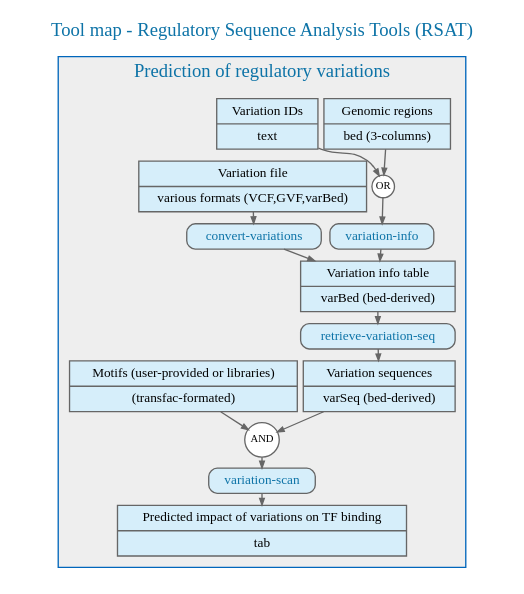
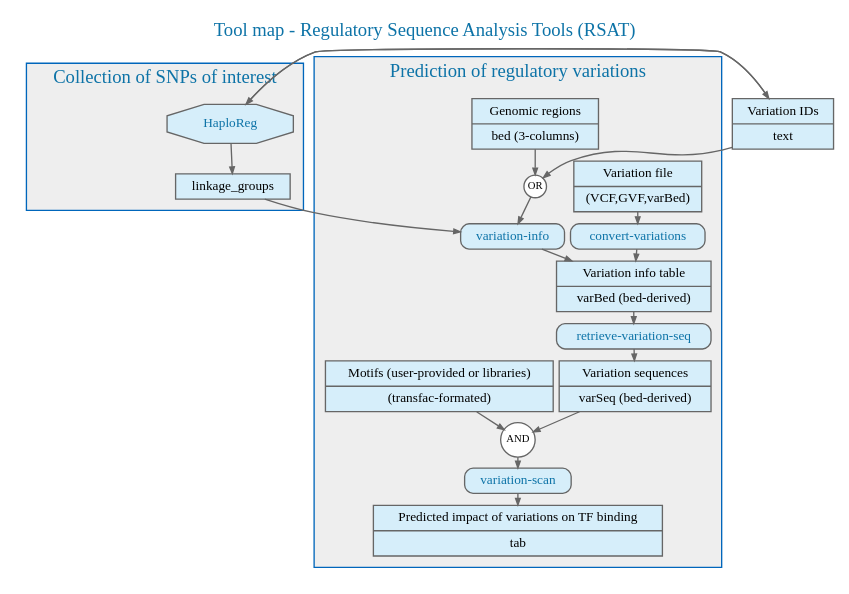
The diagram in doc/flowcharts/regulatory_variations.dot (rsa-tools/rsat-code), drawn with Graphviz before and after one commit. The commit also changed 1 other file, not shown here.

Commit message:
added HalpoReg

```diff
--- a/doc/flowcharts/regulatory_variations.dot
+++ b/doc/flowcharts/regulatory_variations.dot
@@ -1,54 +1,71 @@
 ################################################################
 ## Tool map of the tools to analyze regulatory variants in 
 ## Regulatory Sequence Analysis Tools (RSAT)
 ##
 ## Author: Jacques van Helden
 
 digraph {
 	## General properties of the graph (font, color, ...)
 	graph [fontname="ArialBlack",fontsize="14", label="Tool map - Regulatory Sequence Analysis Tools (RSAT)" labelloc="t", fontcolor="#0066BB", nodesep="0.05", ranksep="0.1", URL="http://teaching.rsat.eu/", fontcolor="#0D73A7"];
 	edge [fontname="ArialMT",fontsize="10",labelfontname="ArialMT",labelfontsize="10", arrowsize="0.5", color="#666666"];
 	node [fontname="ArialMT",fontsize="10",shape=record,height="0.2", color="#666666"];
 
-	subgraph cluster_0 {
+
+  ## External tools to collect variations
+  subgraph cluster_1 {
 		color="#0066BB";
+		bgcolor="#EEEEEE";
+		label = "Collection of SNPs of interest";
+		
+    haploreg  [shape="octagon", style="filled", fillcolor="#D6EEFA", label="HaploReg", URL="http://www.broadinstitute.org/mammals/haploreg/haploreg.php", fontcolor="#0D73A7"];
+    haploreg -> linkage_groups
+    linkage_groups  [shape="record", style="filled", fillcolor="#D6EEFA", label="{linkage_groups}"];
+  }
+
+    variation_ids  [shape="record", style="filled", fillcolor="#D6EEFA", label="{Variation IDs|text}"];
+    variation_ids -> haploreg
+    haploreg -> variation_ids
+    variation_ids -> 	variation_info_input
+
+  ## Prediction of regulatory variations
+  subgraph cluster_0 {
+  	   	color="#0066BB";
 		bgcolor="#EEEEEE";
 		label = "Prediction of regulatory variations";
 
     genomic_regions  [shape="record", style="filled", fillcolor="#D6EEFA", label="{Genomic regions|bed (3-columns)}"];
-    variation_ids  [shape="record", style="filled", fillcolor="#D6EEFA", label="{Variation IDs|text}"];
-    genomic_regions -> 	get_variations_input
-    variation_ids -> 	get_variations_input
-    get_variations_input  [shape="circle", style="filled", fillcolor="#FFFFFF", label="OR" fontsize=8 width="0.001" height="0.001" margin="0"];
+    genomic_regions -> 	variation_info_input
+    variation_info_input  [shape="circle", style="filled", fillcolor="#FFFFFF", label="OR" fontsize=8 width="0.001" height="0.001" margin="0"];
 
-    ## Convert variations
-    variation_file  [shape="record", style="filled", fillcolor="#D6EEFA", label="{Variation file|various formats (VCF,GVF,varBed)}"];
+    ## Convert variation formats
+    variation_file  [shape="record", style="filled", fillcolor="#D6EEFA", label="{Variation file|(VCF,GVF,varBed)}"];
     variation_file -> convert_variations
     convert_variations  [shape="record", style="rounded, filled", fillcolor="#D6EEFA", label="{convert-variations}", URL="http://teaching.rsat.eu/convert-variations_form.cgi", fontcolor="#0D73A7"];
     convert_variations -> variation_info_table
 
-    ## Get variations
-    get_variations_input -> get_variations
-    get_variations  [shape="record", style="rounded, filled", fillcolor="#D6EEFA", label="{variation-info}", URL="http://teaching.rsat.eu/variation-info_form.cgi", fontcolor="#0D73A7"];
-    get_variations -> variation_info_table
+    ## Information about variations
+    linkage_groups -> variation_info
+    variation_info_input -> variation_info
+    variation_info  [shape="record", style="rounded, filled", fillcolor="#D6EEFA", label="{variation-info}", URL="http://teaching.rsat.eu/variation-info_form.cgi", fontcolor="#0D73A7"];
+    variation_info -> variation_info_table
     variation_info_table  [shape="record", style="filled", fillcolor="#D6EEFA", label="{Variation info table|varBed (bed-derived)}"];
 
     ## Retrieve-variations
     variation_info_table -> retrieve_variation_seq
     retrieve_variation_seq  [shape="record", style="rounded, filled", fillcolor="#D6EEFA", label="{retrieve-variation-seq}", URL="http://teaching.rsat.eu/retrieve-variation-seq_form.cgi", fontcolor="#0D73A7"];
     retrieve_variation_seq -> variation_sequences
     variation_sequences   [shape="record", style="filled", fillcolor="#D6EEFA", label="{Variation sequences|varSeq (bed-derived)}"];
 
     motifs   [shape="record", style="filled", fillcolor="#D6EEFA", label="{Motifs (user-provided or libraries)|(transfac-formated)}"];
 
     variation_sequences -> variation_scan_input
     motifs -> variation_scan_input
 
     variation_scan_input [shape="circle", style="filled", fillcolor="#FFFFFF", label="AND" fontsize=8 width="0.001" height="0.001" margin="0"];
     variation_scan_input -> variation_scan
     variation_scan  [shape="record", style="rounded, filled", fillcolor="#D6EEFA", label="{variation-scan}", URL="http://teaching.rsat.eu/variation-scan_form.cgi", fontcolor="#0D73A7"];
     variation_scan -> variation_impact
     variation_impact   [shape="record", style="filled", fillcolor="#D6EEFA", label="{Predicted impact of variations on TF binding|tab}"];
-    }    
+  }    
 
 }
```
